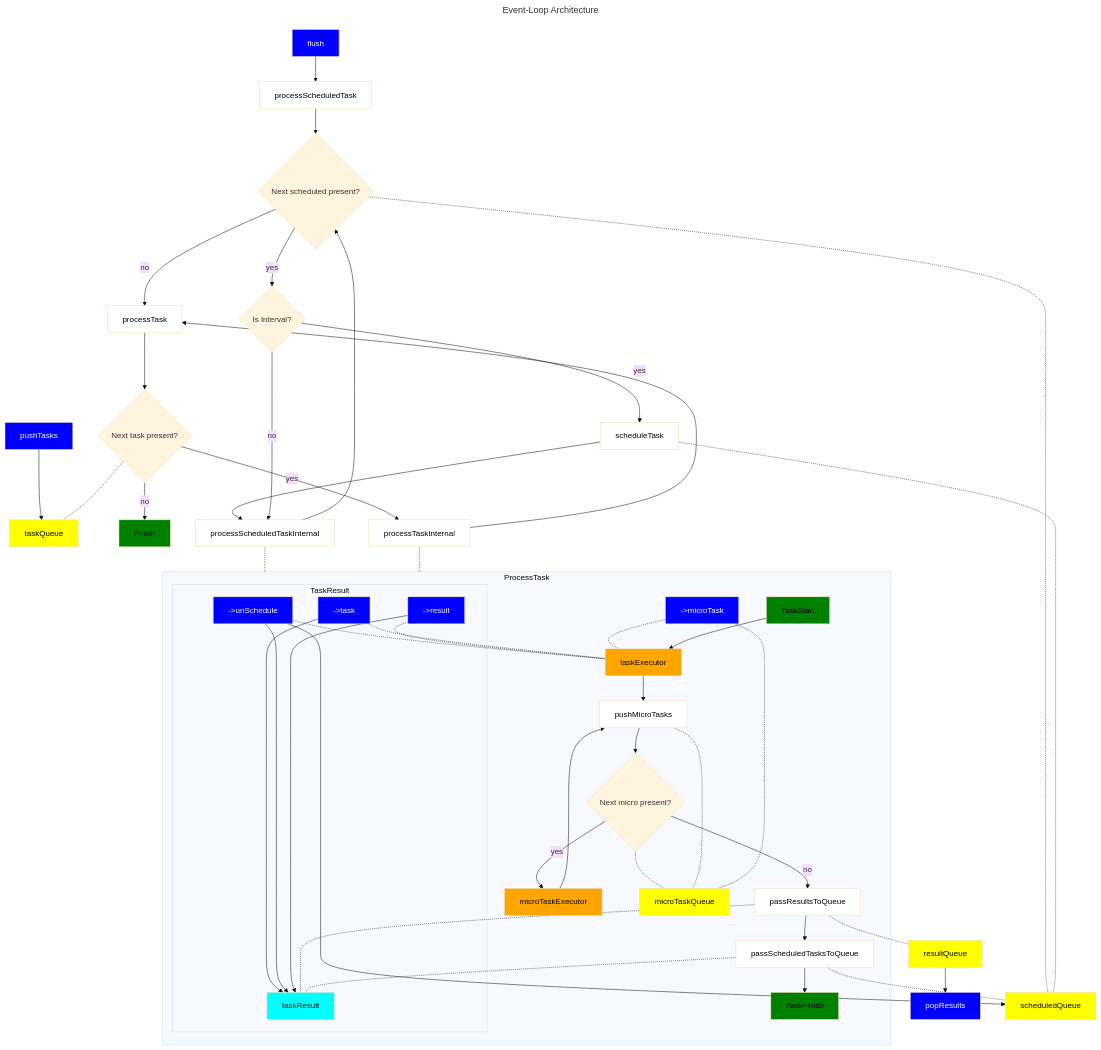
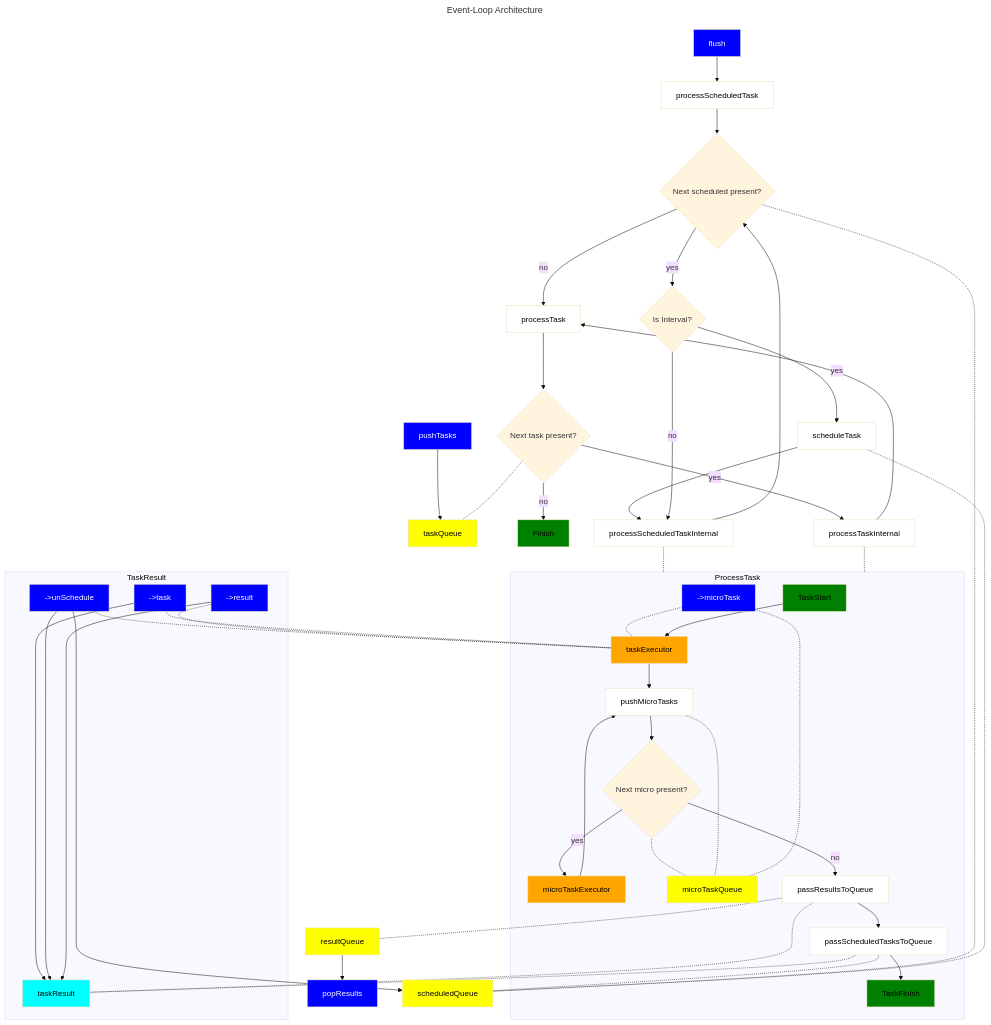
One commit to czlowiek488/OdinBasePack changed the diagram in README.md. Above: the diagram before and after it, drawn with Mermaid (base theme).

```diff
--- a/README.md
+++ b/README.md
@@ -90,13 +90,13 @@
    taskResult:::TaskResult
    unSchedule --> scheduledQueue
 
+   subgraph TaskResult
+      task --> taskResult
+      unSchedule --> taskResult
+      result --> taskResult
+   end
 
    subgraph ProcessTask
-      subgraph TaskResult
-         task --> taskResult
-         unSchedule --> taskResult
-         result --> taskResult
-      end
       taskExecutor --> pushMicroTasks
       microTask -.- taskExecutor
       unSchedule -.- taskExecutor
```
